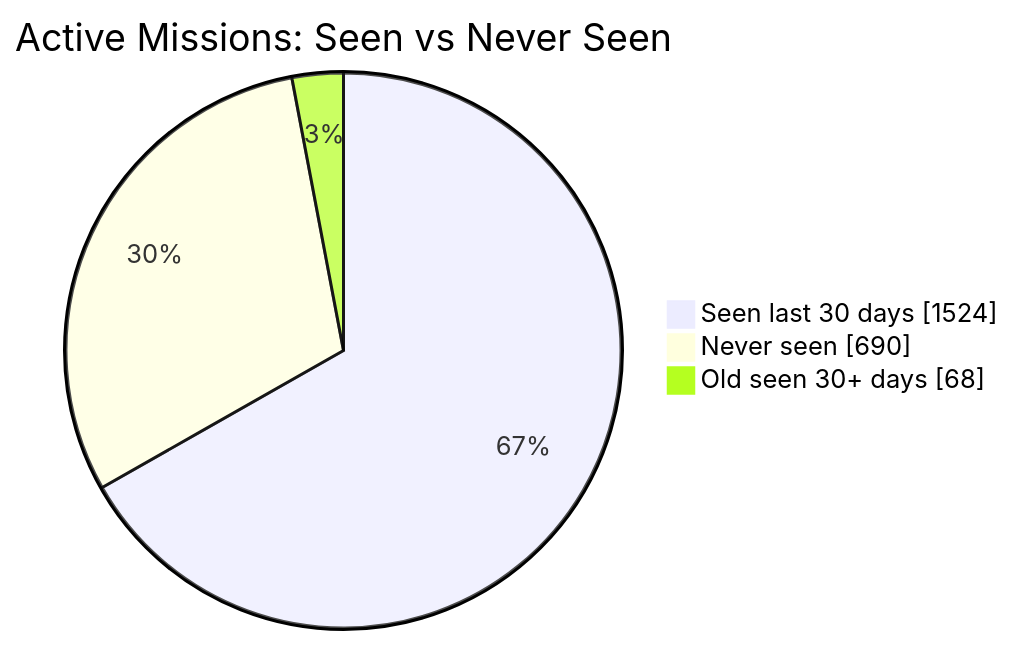
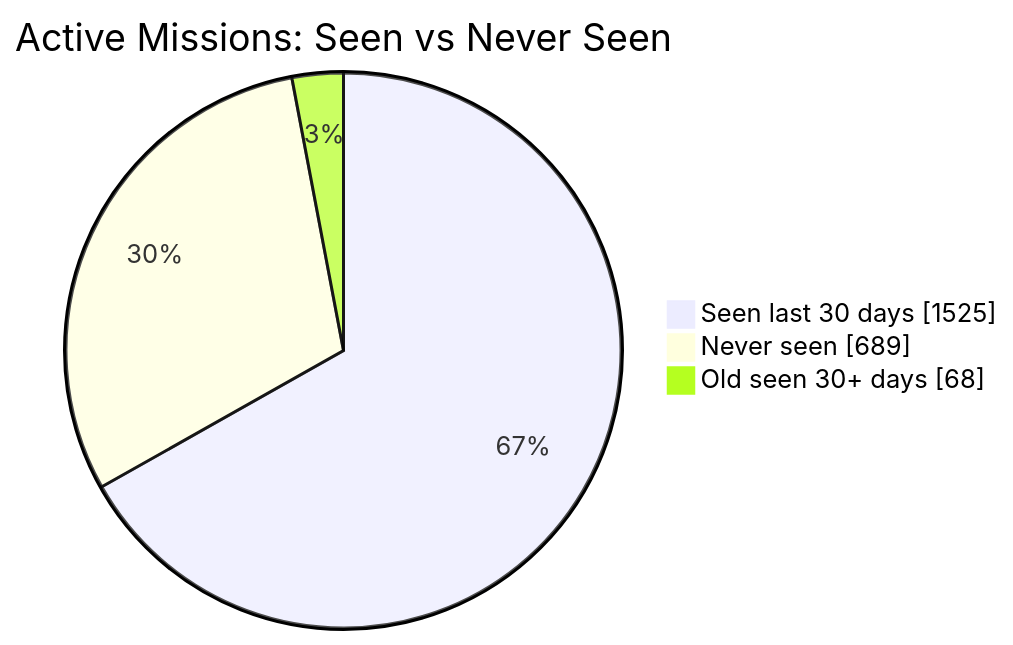
The first of 2 diagrams in README.md (MeldkamerspelGameTeam/active-missions), drawn with Mermaid before and after one commit. The commit also changed other lines of this file and 2 other files, not shown here.

````diff
--- a/README.md
+++ b/README.md
@@ -34,7 +34,7 @@
 ```mermaid
 pie showData
     title Active Missions: Seen vs Never Seen
-    "Seen last 30 days" : 1524
-    "Never seen" : 690
+    "Seen last 30 days" : 1525
+    "Never seen" : 689
     "Old seen 30+ days" : 68
 ```
````
